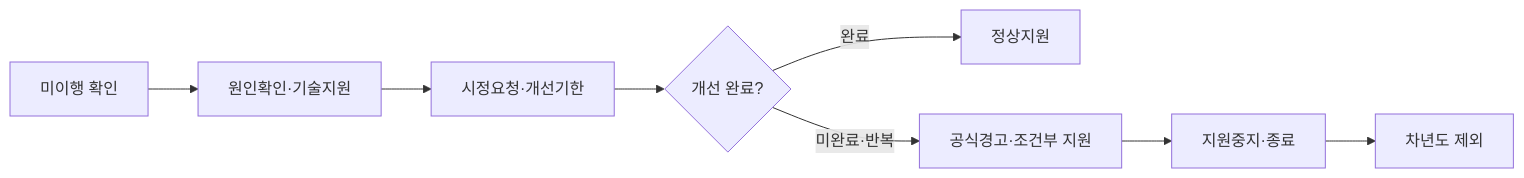
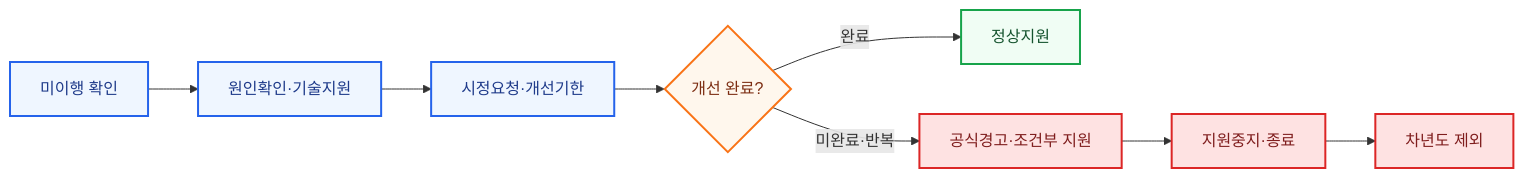
One commit to qubitsec/plura changed the seventh of 8 diagrams in ko/proposal/kwater/kwater-full.md. Above: the diagram before and after it, drawn with Mermaid. The commit also changed other lines of this file, not shown here.

````diff
--- a/ko/proposal/kwater/kwater-full.md
+++ b/ko/proposal/kwater/kwater-full.md
@@ -747,15 +788,25 @@
 ```mermaid
 flowchart LR
     A["미이행 확인"]
     B["원인확인·기술지원"]
     C["시정요청·개선기한"]
     D{"개선 완료?"}
     E["정상지원"]
     F["공식경고·조건부 지원"]
     G["지원중지·종료"]
     H["차년도 제외"]
 
     A --> B --> C --> D
     D -- "완료" --> E
     D -- "미완료·반복" --> F --> G --> H
+
+    classDef detect fill:#eff6ff,stroke:#2563eb,stroke-width:2px,color:#1e3a8a;
+    classDef decision fill:#fff7ed,stroke:#f97316,stroke-width:2px,color:#7c2d12;
+    classDef success fill:#f0fdf4,stroke:#16a34a,stroke-width:2px,color:#14532d;
+    classDef sanction fill:#fee2e2,stroke:#dc2626,stroke-width:2px,color:#7f1d1d;
+
+    class A,B,C detect;
+    class D decision;
+    class E success;
+    class F,G,H sanction;
 ```
````
